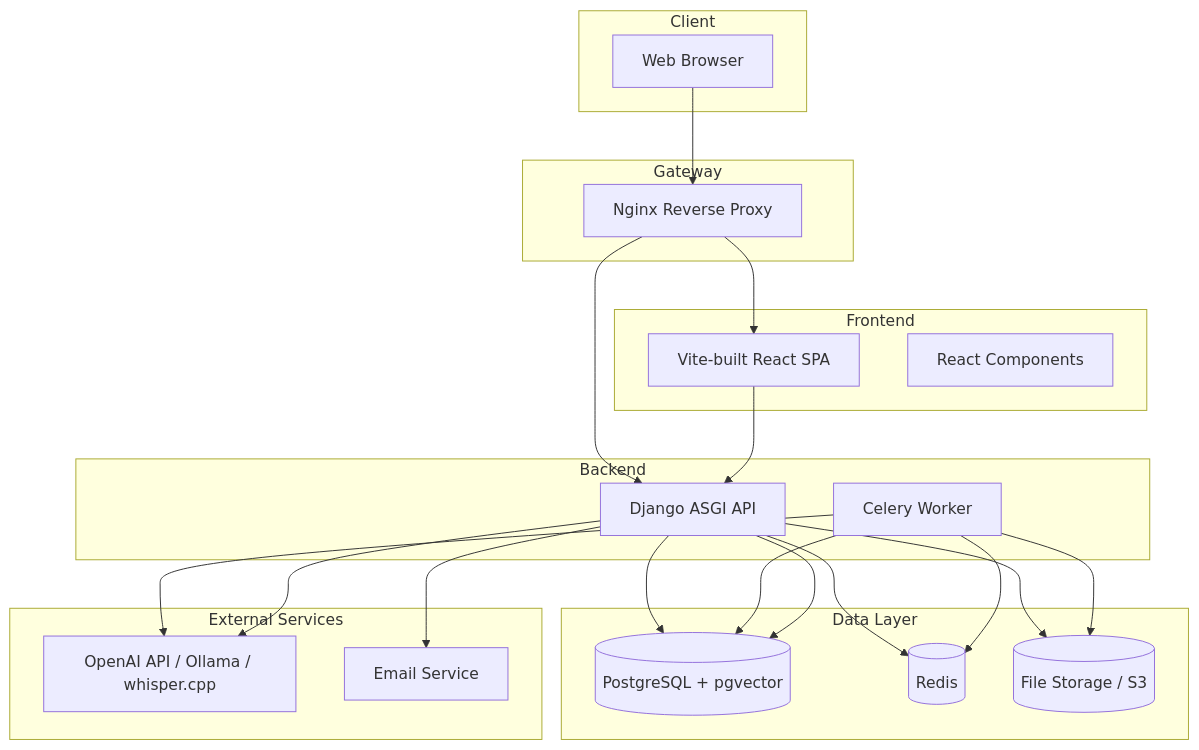
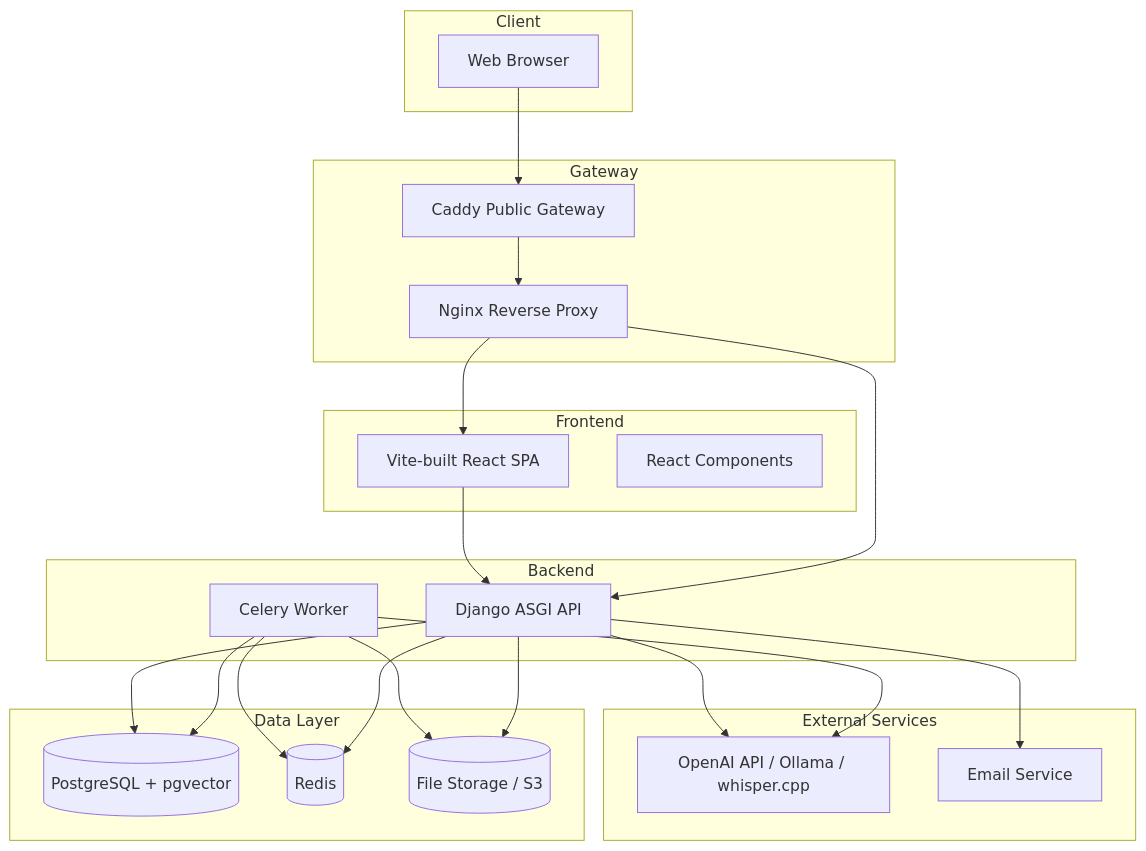
Before and after one commit to yukiharada1228/videoq: the third of 3 diagrams in docs/design/component-diagram.md, drawn with Mermaid. The commit also changed other lines of this file and 12 other files, not shown here.

Commit message:
docs: update system design, sequence diagrams, database schemas, and requirements docs

````diff
--- a/docs/design/component-diagram.md
+++ b/docs/design/component-diagram.md
@@ -403,46 +435,47 @@
 ```mermaid
 graph TB
     subgraph Client["Client"]
         Browser[Web Browser]
     end
     
     subgraph Frontend["Frontend"]
         FrontendSPA[Vite-built React SPA]
         ReactComponents[React Components]
     end
     
     subgraph Gateway["Gateway"]
+        Caddy[Caddy Public Gateway]
         Nginx[Nginx Reverse Proxy]
     end
     
     subgraph Backend["Backend"]
         DjangoAPI[Django ASGI API]
         CeleryWorker[Celery Worker]
     end
     
     subgraph Data["Data Layer"]
         PostgreSQL[(PostgreSQL + pgvector)]
         Redis[(Redis)]
         FileStorage[(File Storage / S3)]
     end
     
     subgraph External["External Services"]
         OpenAI[OpenAI API / Ollama / whisper.cpp]
         EmailService[Email Service]
     end
     
-    Browser --> Nginx
+    Browser --> Caddy
+    Caddy --> Nginx
     Nginx --> FrontendSPA
     Nginx --> DjangoAPI
     FrontendSPA --> DjangoAPI
-    DjangoAPI --> PostgreSQL
     DjangoAPI --> Redis
     DjangoAPI --> FileStorage
     CeleryWorker --> Redis
     CeleryWorker --> PostgreSQL
     CeleryWorker --> FileStorage
     CeleryWorker --> OpenAI
     DjangoAPI --> OpenAI
     DjangoAPI --> EmailService
     DjangoAPI --> PostgreSQL
 ```
````
